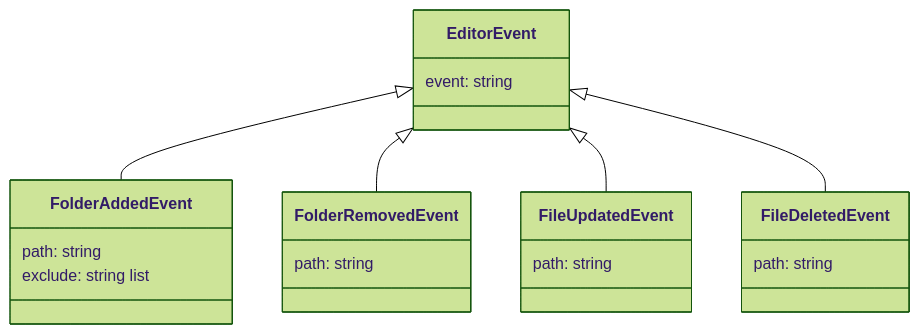
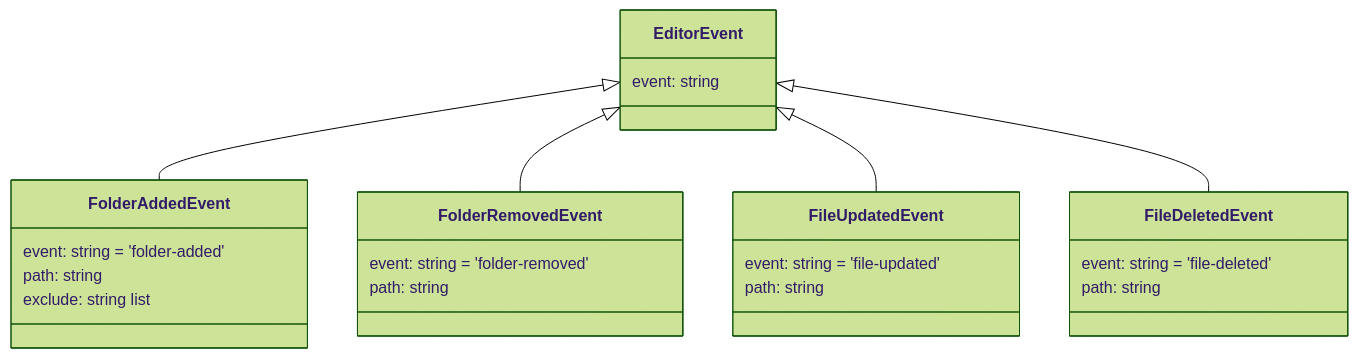
One commit to AlexandriteSoftware/markdown-search changed the diagram in src/EditorEvents.md. Above: the diagram before and after it, drawn with Mermaid (forest theme). The commit also changed 46 other files, not shown here.

````diff
--- a/src/EditorEvents.md
+++ b/src/EditorEvents.md
@@ -6,29 +6,33 @@
 ```mermaid
 classDiagram
 
 EditorEvent <|-- FolderAddedEvent
 EditorEvent <|-- FolderRemovedEvent
 EditorEvent <|-- FileUpdatedEvent
 EditorEvent <|-- FileDeletedEvent
 
 class EditorEvent {
     event: string
 }
 
 class FolderAddedEvent {
+    event: string = 'folder-added'
     path: string
     exclude: string list
 }
 
 class FolderRemovedEvent {
+    event: string = 'folder-removed'
     path: string
 }
 
 class FileUpdatedEvent {
+    event: string = 'file-updated'
     path: string
 }
 
 class FileDeletedEvent {
+    event: string = 'file-deleted'
     path: string
 }
 ```
````
